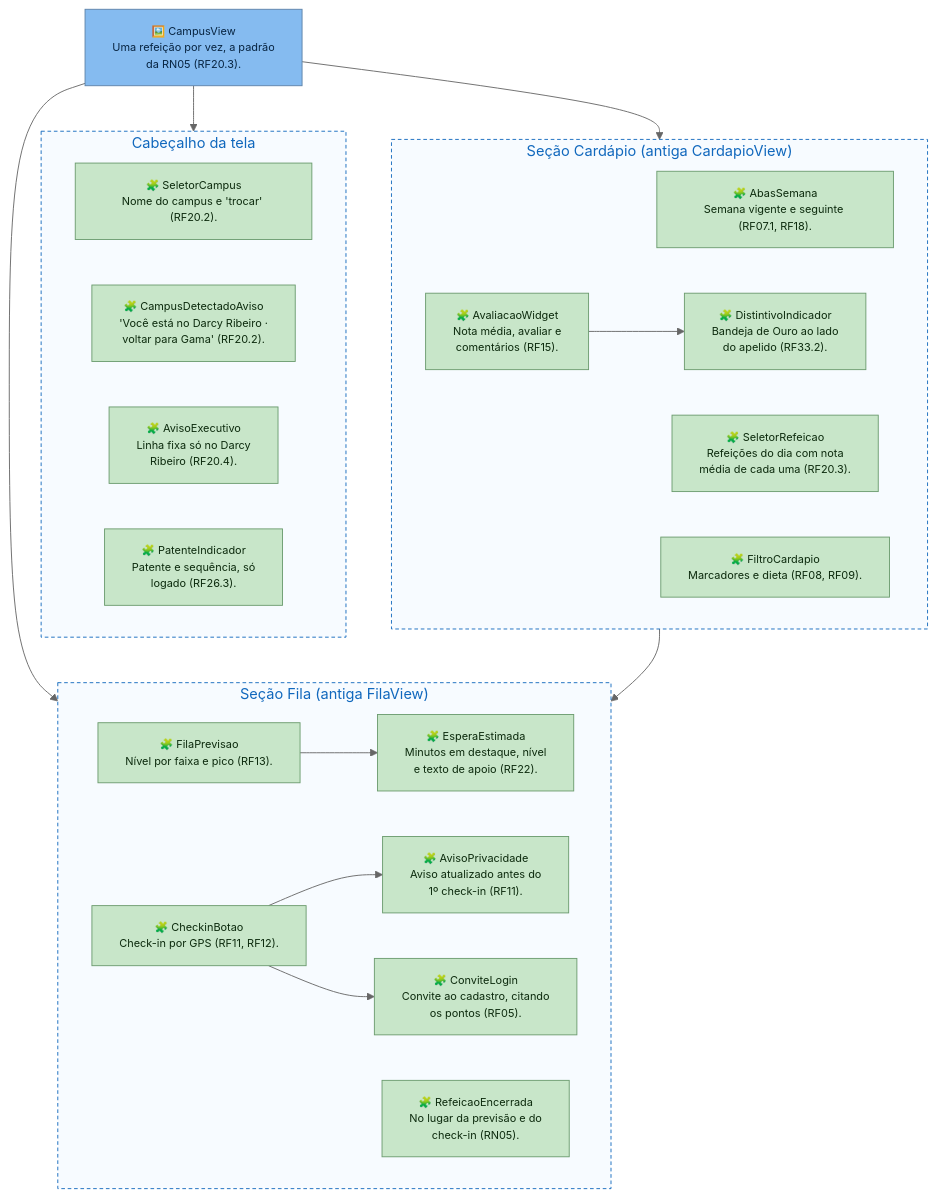
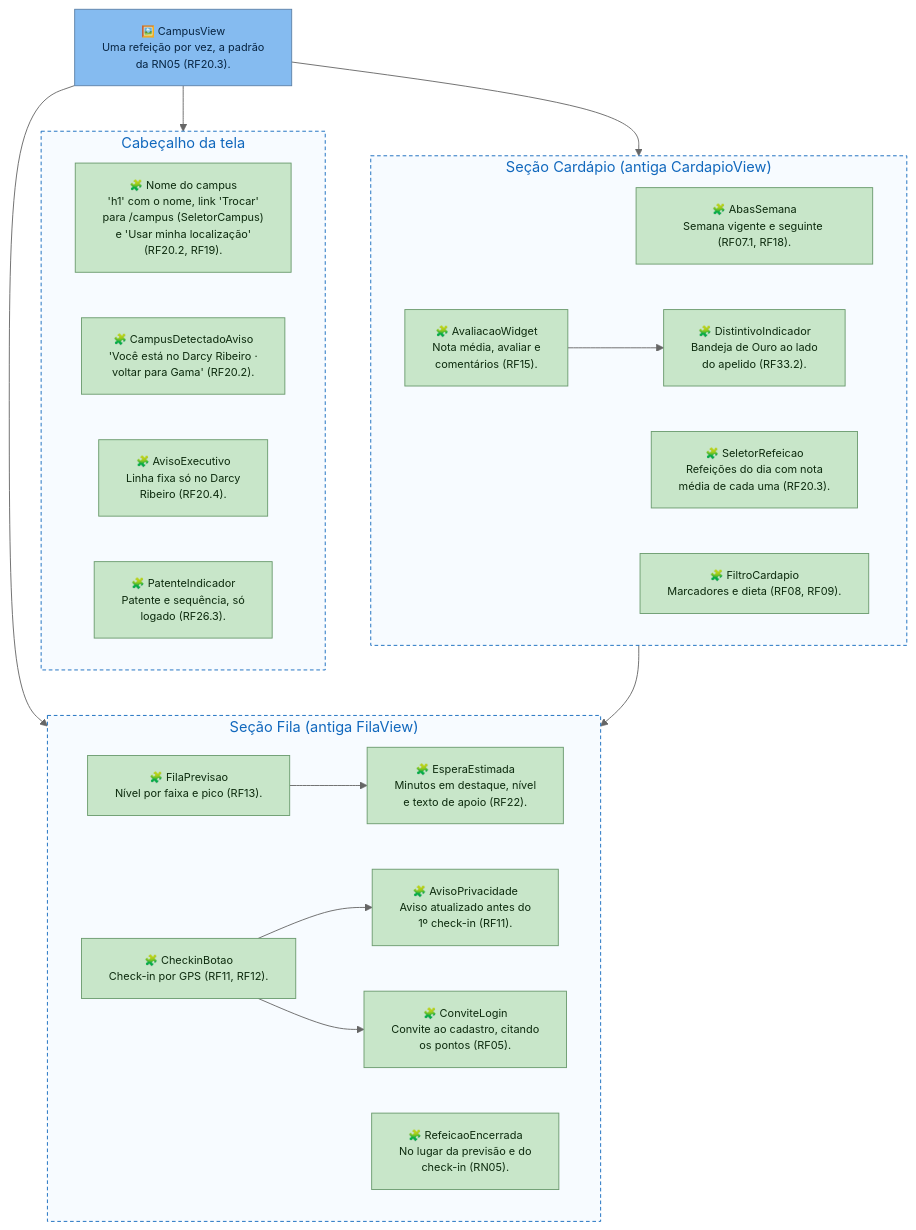
One commit to unb-mds/2026-2-Bandejao-UnB changed the second of 11 diagrams in docs/arquitetura/front-end/c4-niveis-3-4-frontend-bandejao.md. Above: the diagram before and after it, drawn with Mermaid (neutral theme). The commit also changed other lines of this file, not shown here.

Commit message:
docs: C4 da tela do campus ajustado à revisão (#143)

````diff
--- a/docs/arquitetura/front-end/c4-niveis-3-4-frontend-bandejao.md
+++ b/docs/arquitetura/front-end/c4-niveis-3-4-frontend-bandejao.md
@@ -170,75 +170,78 @@
 ```mermaid
 flowchart TB
   campusView["🖼️ CampusView
 Uma refeição por vez, a padrão
 da RN05 (RF20.3)."]
 
   subgraph topo["Cabeçalho da tela"]
     direction LR
-    seletorCampus["🧩 SeletorCampus
-Nome do campus e 'trocar' (RF20.2)."]
+    nomeCampus["🧩 Nome do campus
+'h1' com o nome, link 'Trocar'
+para /campus (SeletorCampus)
+e 'Usar minha localização'
+(RF20.2, RF19)."]
     campusDetectado["🧩 CampusDetectadoAviso
 'Você está no Darcy Ribeiro ·
 voltar para Gama' (RF20.2)."]
     avisoExecutivo["🧩 AvisoExecutivo
 Linha fixa só no Darcy
 Ribeiro (RF20.4)."]
     patente["🧩 PatenteIndicador
 Patente e sequência, só
 logado (RF26.3)."]
   end
 
   subgraph secaoCardapio["Seção Cardápio (antiga CardapioView)"]
     direction LR
     abasSemana["🧩 AbasSemana
 Semana vigente e seguinte (RF07.1, RF18)."]
     seletorRefeicao["🧩 SeletorRefeicao
 Refeições do dia com nota
 média de cada uma (RF20.3)."]
     filtro["🧩 FiltroCardapio
 Marcadores e dieta (RF08, RF09)."]
     avaliacao["🧩 AvaliacaoWidget
 Nota média, avaliar e
 comentários (RF15)."]
     distintivo["🧩 DistintivoIndicador
 Bandeja de Ouro ao lado
 do apelido (RF33.2)."]
   end
 
   subgraph secaoFila["Seção Fila (antiga FilaView)"]
     direction LR
     filaPrevisao["🧩 FilaPrevisao
 Nível por faixa e pico (RF13)."]
     espera["🧩 EsperaEstimada
 Minutos em destaque, nível
 e texto de apoio (RF22)."]
     encerrada["🧩 RefeicaoEncerrada
 No lugar da previsão e do
 check-in (RN05)."]
     checkin["🧩 CheckinBotao
 Check-in por GPS (RF11, RF12)."]
     avisoPrivacidade["🧩 AvisoPrivacidade
 Aviso atualizado antes do
 1º check-in (RF11)."]
     convite["🧩 ConviteLogin
 Convite ao cadastro, citando
 os pontos (RF05)."]
   end
 
   campusView --> topo
   campusView --> secaoCardapio
   campusView --> secaoFila
   avaliacao --> distintivo
   avaliacao --> convite
   filaPrevisao --> espera
   checkin --> avisoPrivacidade
   checkin --> convite
 
   classDef view fill:#85bbf0,stroke:#5d82a8,color:#082542,font-size:12px
   classDef component fill:#c8e6c9,stroke:#6b9b6e,color:#0d2b0e,font-size:12px
   classDef group fill:#f7fbff,stroke:#1168bd,stroke-dasharray:4 3,color:#1168bd
 
   class campusView view
-  class seletorCampus,campusDetectado,avisoExecutivo,patente,abasSemana,seletorRefeicao,filtro,avaliacao,distintivo,filaPrevisao,espera,encerrada,checkin,avisoPrivacidade,convite component
+  class nomeCampus,campusDetectado,avisoExecutivo,patente,abasSemana,seletorRefeicao,filtro,avaliacao,distintivo,filaPrevisao,espera,encerrada,checkin,avisoPrivacidade,convite component
   class topo,secaoCardapio,secaoFila group
 ```
````
